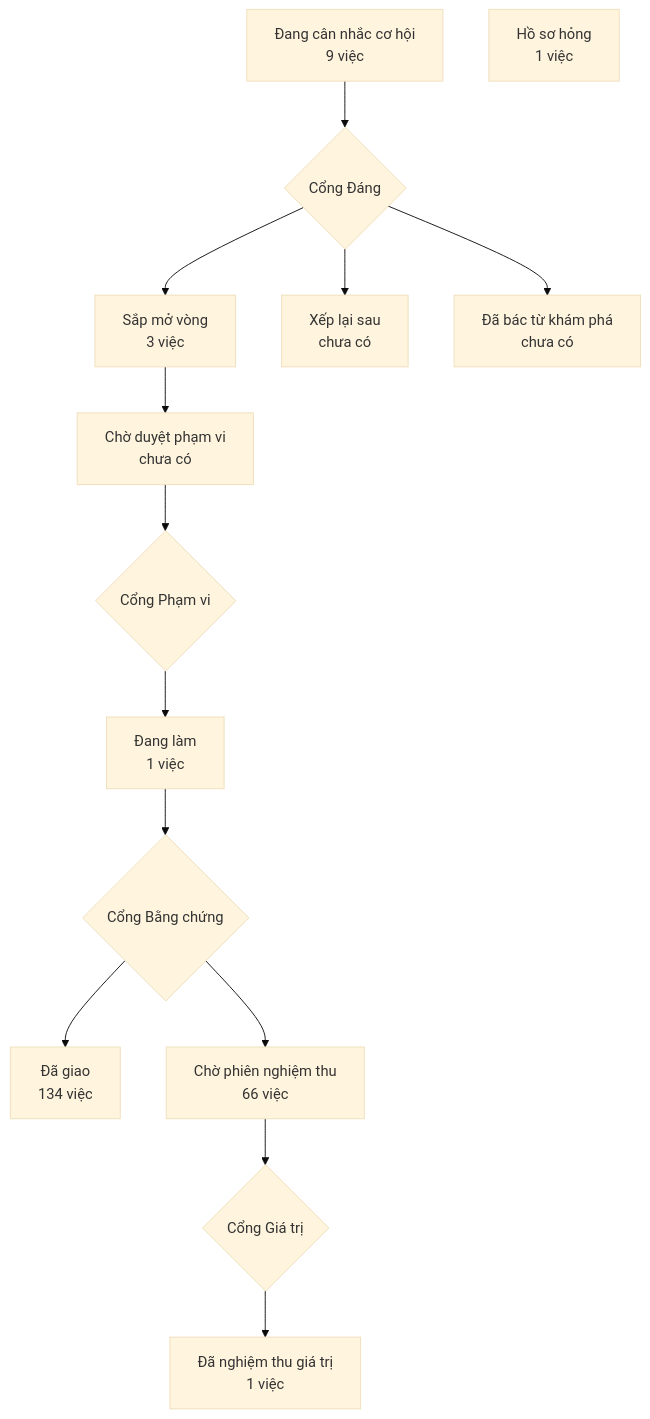
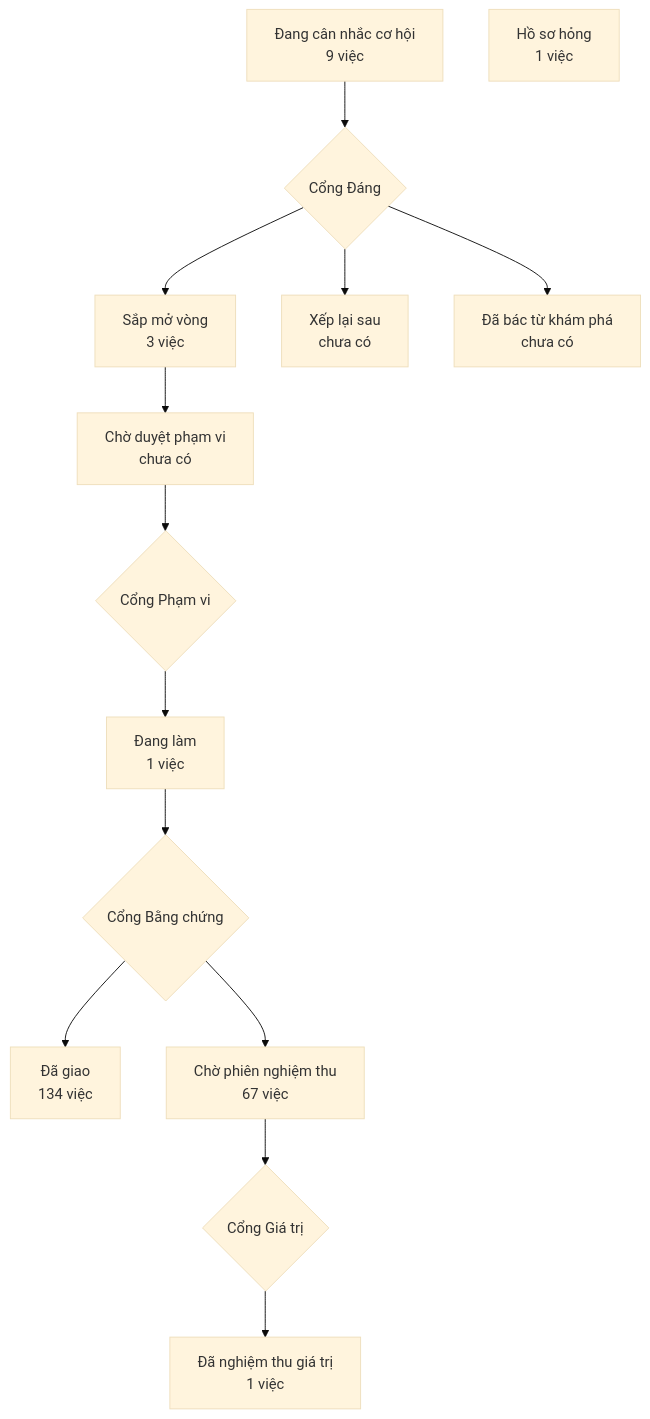
The diagram in PRODUCT-MAP.md (phanlemanh/crm-onehub), drawn with Mermaid (base theme) before and after one commit. The commit also changed 1 other file, not shown here.

Commit message:
chore: vẽ lại bản đồ sản phẩm từ bản sạch sau gộp onehub a9e8bc75

````diff
--- a/PRODUCT-MAP.md
+++ b/PRODUCT-MAP.md
@@ -7,13 +7,13 @@
 ```mermaid
 flowchart TD
   A["Đang cân nhắc cơ hội<br/>9 việc"] --> GD{"Cổng Đáng"}
   GD --> B["Sắp mở vòng<br/>3 việc"]
   GD --> XL["Xếp lại sau<br/>chưa có"]
   GD --> DB["Đã bác từ khám phá<br/>chưa có"]
   B --> CD["Chờ duyệt phạm vi<br/>chưa có"] --> GP{"Cổng Phạm vi"}
   GP --> DL["Đang làm<br/>1 việc"] --> GB{"Cổng Bằng chứng"}
   GB --> DG["Đã giao<br/>134 việc"]
-  GB --> CN["Chờ phiên nghiệm thu<br/>66 việc"] --> GG{"Cổng Giá trị"}
+  GB --> CN["Chờ phiên nghiệm thu<br/>67 việc"] --> GG{"Cổng Giá trị"}
   GG --> NT["Đã nghiệm thu giá trị<br/>1 việc"]
   HS["Hồ sơ hỏng<br/>1 việc"]
 ```
````
